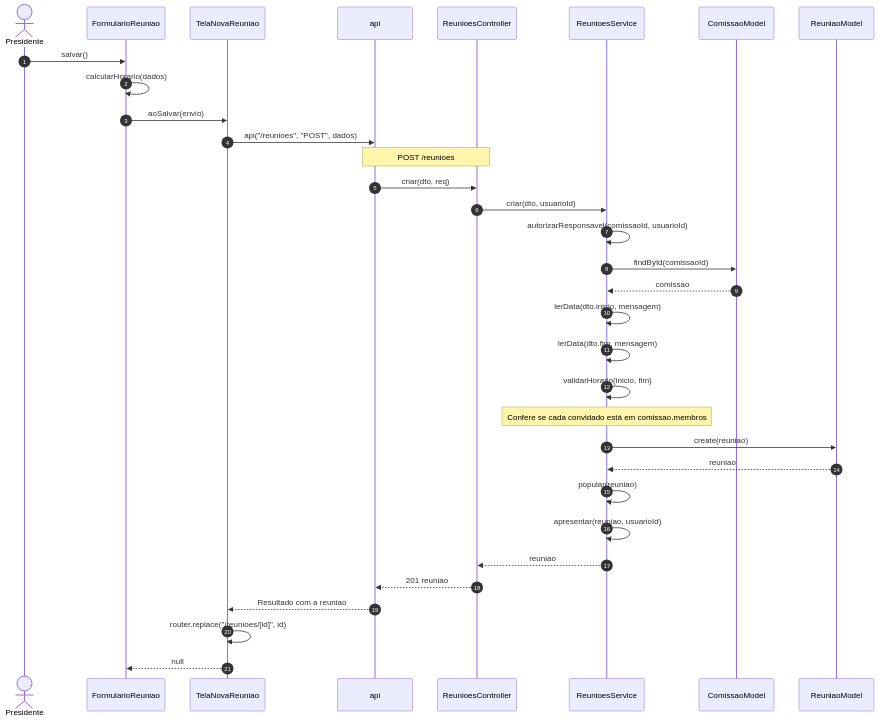
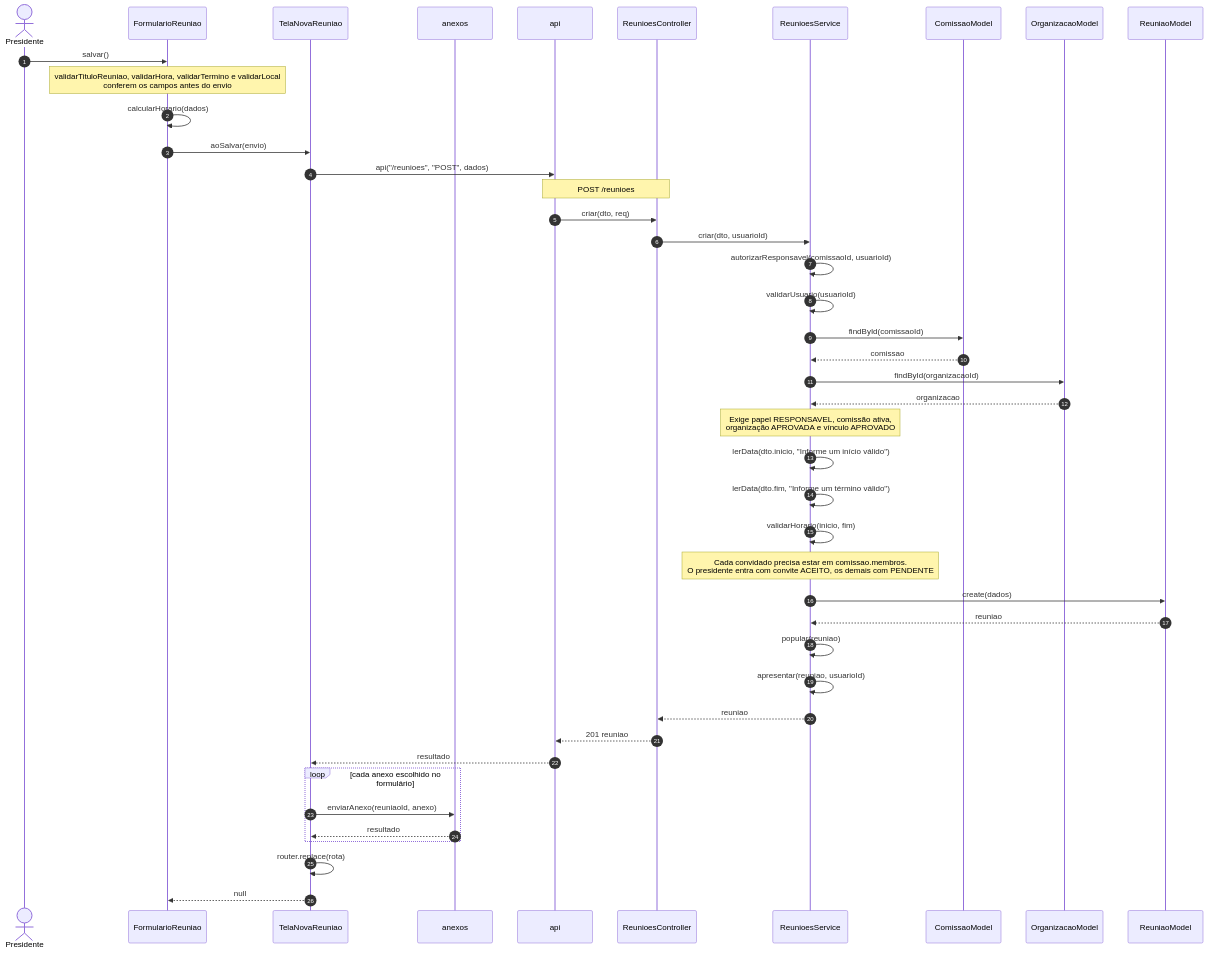
One commit to Conecta-IFSP/DOCUMENTATION changed the first of 20 diagrams in 3 - Incremento2/reunioes/6 - diagramas-sequencia-reunioes.md. Above: the diagram before and after it, drawn with Mermaid. The commit also changed other lines of this file and 10 other files, not shown here.

````diff
--- a/3 - Incremento2/reunioes/6 - diagramas-sequencia-reunioes.md
+++ b/3 - Incremento2/reunioes/6 - diagramas-sequencia-reunioes.md
@@ -13,35 +13,46 @@
 ```mermaid
 sequenceDiagram
     autonumber
     actor U as Presidente
     participant F as FormularioReuniao
     participant N as TelaNovaReuniao
+    participant X as anexos
     participant A as api
     participant C as ReunioesController
     participant S as ReunioesService
     participant CM as ComissaoModel
+    participant OM as OrganizacaoModel
     participant M as ReuniaoModel
     U->>F: salvar()
+    Note over F: validarTituloReuniao, validarHora, validarTermino e validarLocal<br/>conferem os campos antes do envio
     F->>F: calcularHorario(dados)
     F->>N: aoSalvar(envio)
     N->>A: api("/reunioes", "POST", dados)
     Note over A,C: POST /reunioes
     A->>C: criar(dto, req)
     C->>S: criar(dto, usuarioId)
     S->>S: autorizarResponsavel(comissaoId, usuarioId)
+    S->>S: validarUsuario(usuarioId)
     S->>CM: findById(comissaoId)
     CM-->>S: comissao
-    S->>S: lerData(dto.inicio, mensagem)
-    S->>S: lerData(dto.fim, mensagem)
+    S->>OM: findById(organizacaoId)
+    OM-->>S: organizacao
+    Note over S: Exige papel RESPONSAVEL, comissão ativa,<br/>organização APROVADA e vínculo APROVADO
+    S->>S: lerData(dto.inicio, "Informe um início válido")
+    S->>S: lerData(dto.fim, "Informe um término válido")
     S->>S: validarHorario(inicio, fim)
-    Note over S: Confere se cada convidado está em comissao.membros
-    S->>M: create(reuniao)
+    Note over S: Cada convidado precisa estar em comissao.membros.<br/>O presidente entra com convite ACEITO, os demais com PENDENTE
+    S->>M: create(dados)
     M-->>S: reuniao
     S->>S: popular(reuniao)
     S->>S: apresentar(reuniao, usuarioId)
     S-->>C: reuniao
     C-->>A: 201 reuniao
-    A-->>N: Resultado com a reuniao
-    N->>N: router.replace("/reunioes/[id]", id)
+    A-->>N: resultado
+    loop cada anexo escolhido no formulário
+        N->>X: enviarAnexo(reuniaoId, anexo)
+        X-->>N: resultado
+    end
+    N->>N: router.replace(rota)
     N-->>F: null
 ```
````
